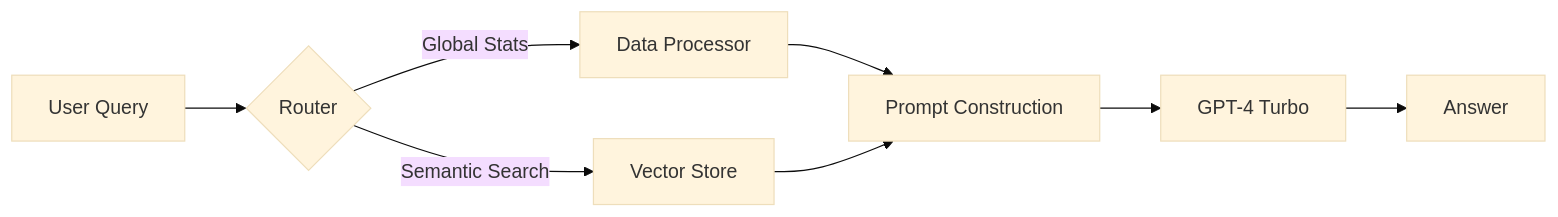
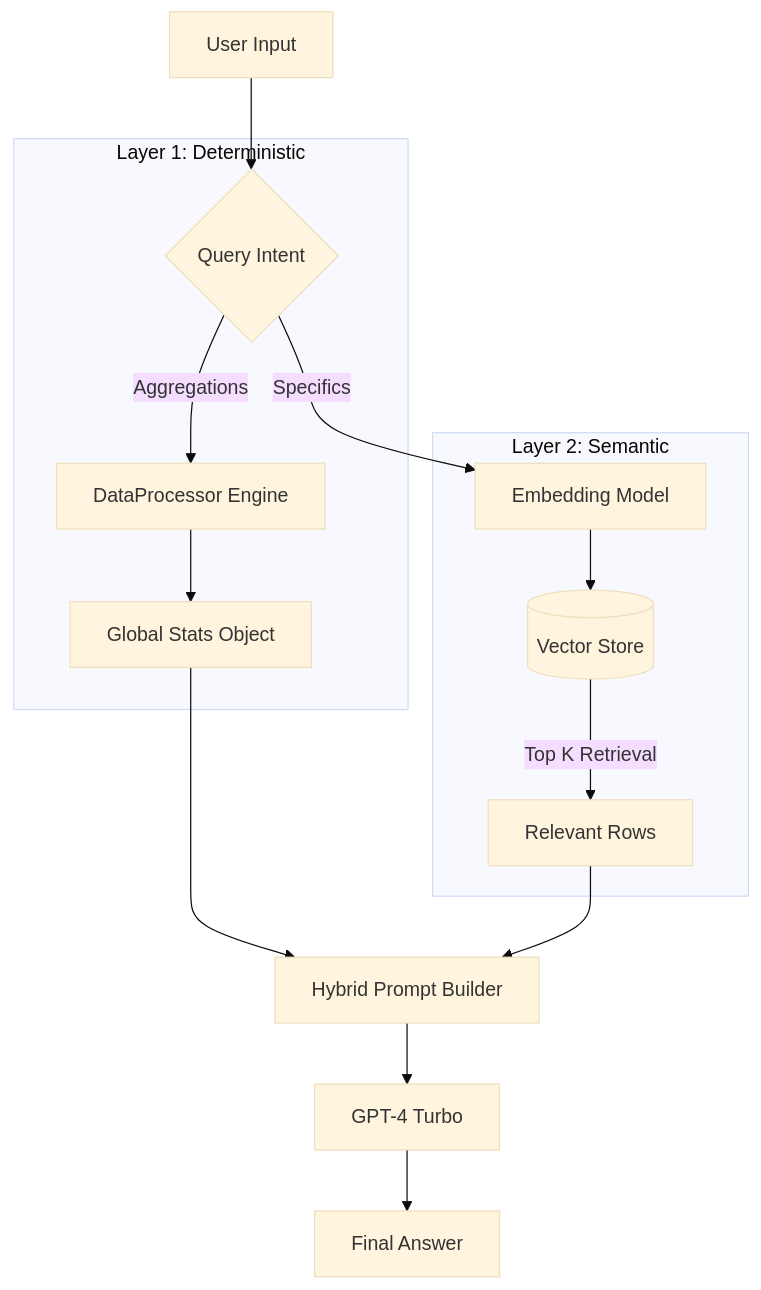
One commit to Lnxtanx/fund-insights-bot changed the diagram in README.md. Above: the diagram before and after it, drawn with Mermaid (base theme). The commit also changed other lines of this file, not shown here.

Commit message:
docs: update README with deeper architectural explanation and deployed link

````diff
--- a/README.md
+++ b/README.md
@@ -30,10 +46,21 @@
 ```mermaid
-graph LR
-    A[User Query] --> B{Router}
-    B -->|Global Stats| C[Data Processor]
-    B -->|Semantic Search| D[Vector Store]
-    C --> E[Prompt Construction]
-    D --> E
-    E --> F[GPT-4 Turbo]
-    F --> G[Answer]
+graph TD
+    User[User Input] --> Router{Query Intent}
+    
+    subgraph "Layer 1: Deterministic"
+    Router -->|Aggregations| Calc[DataProcessor Engine]
+    Calc --> Stats[Global Stats Object]
+    end
+    
+    subgraph "Layer 2: Semantic"
+    Router -->|Specifics| Embed[Embedding Model]
+    Embed --> VectorDB[(Vector Store)]
+    VectorDB -->|Top K Retrieval| Context[Relevant Rows]
+    end
+    
+    Stats --> Synthesizer[Hybrid Prompt Builder]
+    Context --> Synthesizer
+    
+    Synthesizer --> GPT4[GPT-4 Turbo]
+    GPT4 --> Response[Final Answer]
 ```
````
